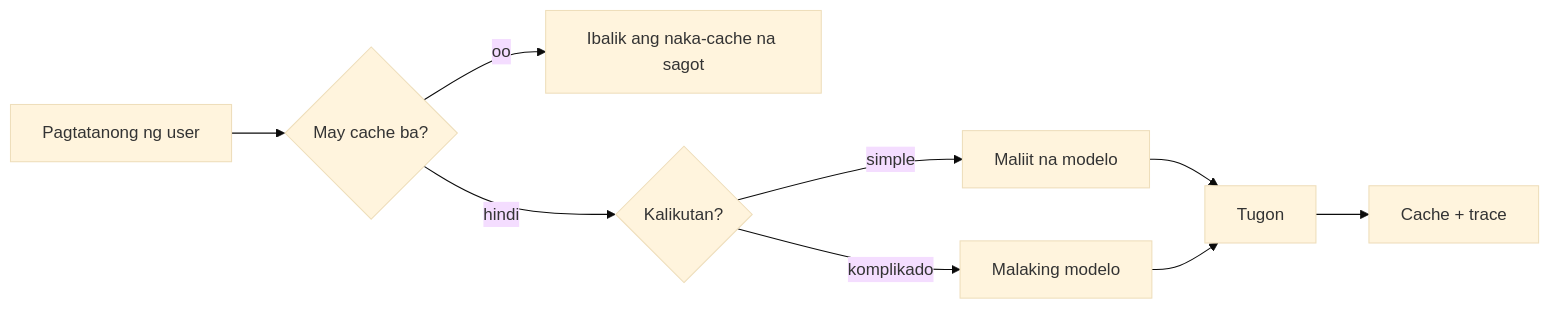
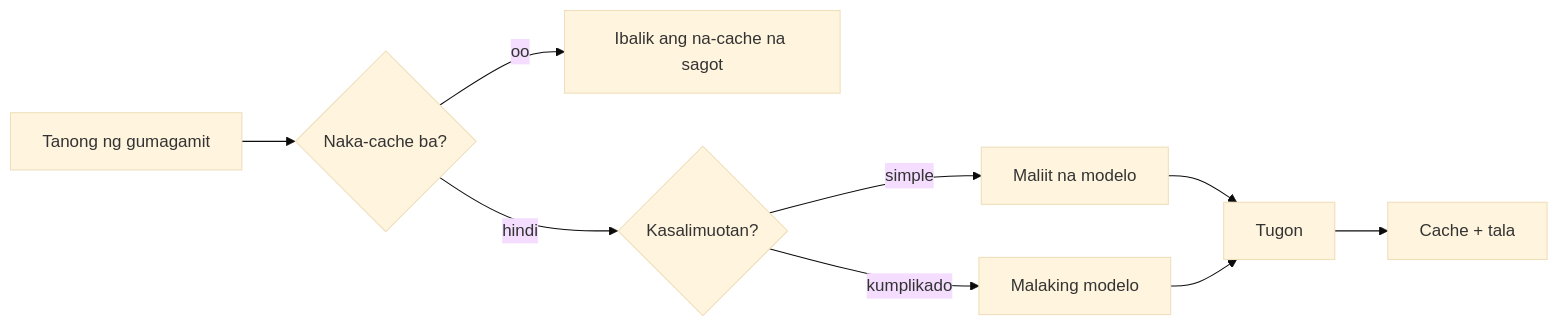
The third of 4 diagrams in mirrors/repos/microsoft@ai-agents-for-beginners/translations/tl/16-deploying-scalable-agents/README.md (gabrielmoreira/agent-skills-mirror), drawn with Mermaid (base theme) before and after one commit. The commit also changed other lines of this file and 3581 other files, not shown here.

````diff
--- a/mirrors/repos/microsoft@ai-agents-for-beginners/translations/tl/16-deploying-scalable-agents/README.md
+++ b/mirrors/repos/microsoft@ai-agents-for-beginners/translations/tl/16-deploying-scalable-agents/README.md
@@ -134,11 +134,11 @@
 ```mermaid
 flowchart LR
-    Q[Pagtatanong ng user] --> C{May cache ba?}
-    C -->|oo| R[Ibalik ang naka-cache na sagot]
-    C -->|hindi| Router{Kalikutan?}
+    Q[Tanong ng gumagamit] --> C{Naka-cache ba?}
+    C -->|oo| R[Ibalik ang na-cache na sagot]
+    C -->|hindi| Router{Kasalimuotan?}
     Router -->|simple| SLM[Maliit na modelo]
-    Router -->|komplikado| LLM[Malaking modelo]
+    Router -->|kumplikado| LLM[Malaking modelo]
     SLM --> Out[Tugon]
     LLM --> Out
-    Out --> Store[Cache + trace]
+    Out --> Store[Cache + tala]
 ```
````
